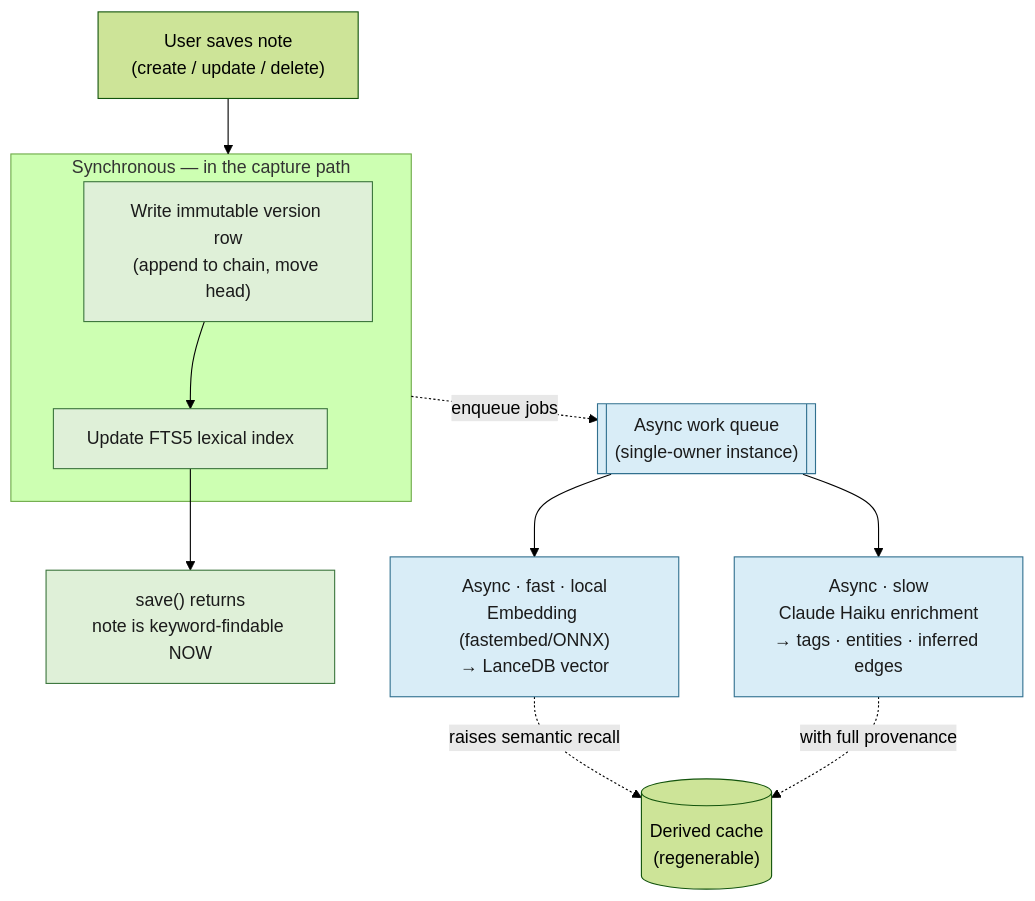
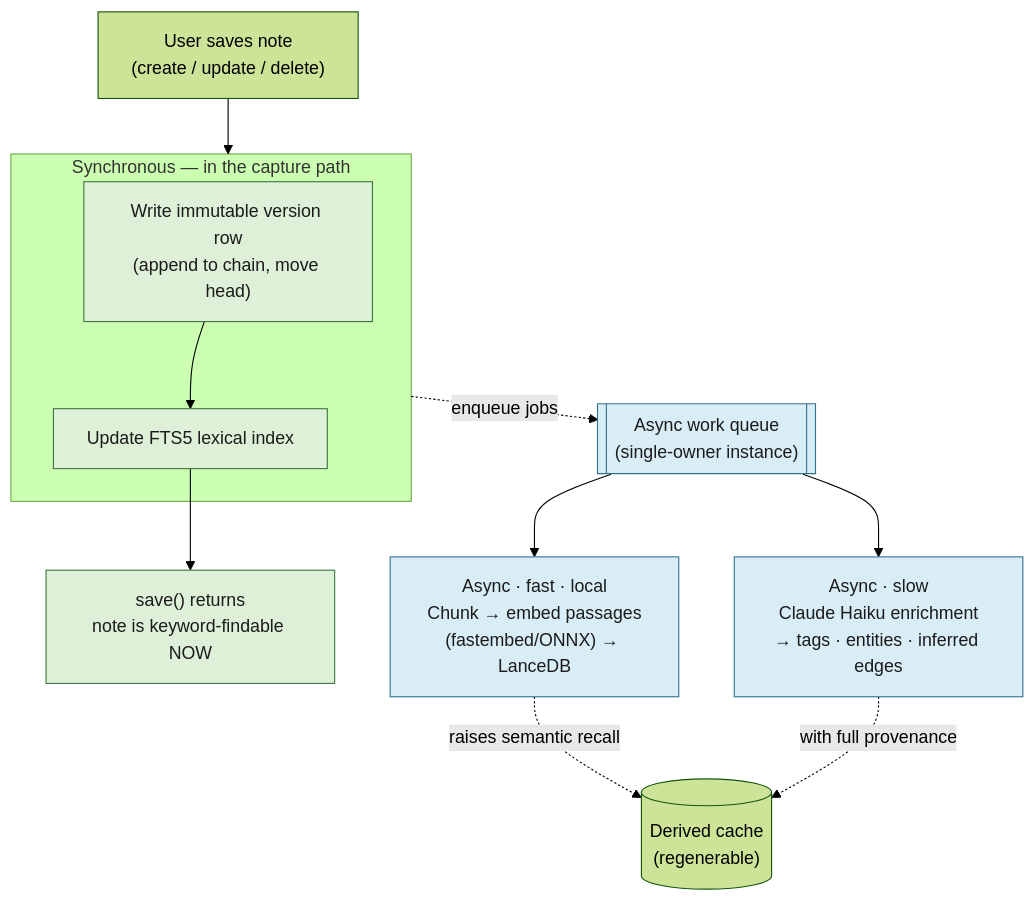
Before and after one commit to bildzeitung/lode: the diagram in docs/design.md, drawn with Mermaid (forest theme). The commit also changed other lines of this file and 3 other files, not shown here.

````diff
--- a/docs/design.md
+++ b/docs/design.md
@@ -54,25 +55,25 @@
 ```mermaid
 flowchart TD
     U["User saves note<br>(create / update / delete)"] --> SYNC
 
     subgraph SYNC["Synchronous — in the capture path"]
         V["Write immutable version row<br>(append to chain, move head)"]
         F["Update FTS5 lexical index"]
         V --> F
     end
 
     F --> RET["save() returns<br>note is keyword-findable NOW"]
 
     SYNC -. enqueue jobs .-> Q[["Async work queue<br>(single-owner instance)"]]
 
-    Q --> E["Async · fast · local<br>Embedding (fastembed/ONNX)<br>→ LanceDB vector"]
+    Q --> E["Async · fast · local<br>Chunk → embed passages<br>(fastembed/ONNX) → LanceDB"]
     Q --> X["Async · slow<br>Claude Haiku enrichment<br>→ tags · entities · inferred edges"]
 
     E -. raises semantic recall .-> CACHE[("Derived cache<br>(regenerable)")]
     X -. with full provenance .-> CACHE
 
     classDef sync fill:#dff0d8,stroke:#3c763d,color:#1b1b1b;
     classDef async fill:#d9edf7,stroke:#31708f,color:#1b1b1b;
     class V,F,RET sync;
     class E,X,Q async;
 ```
````
